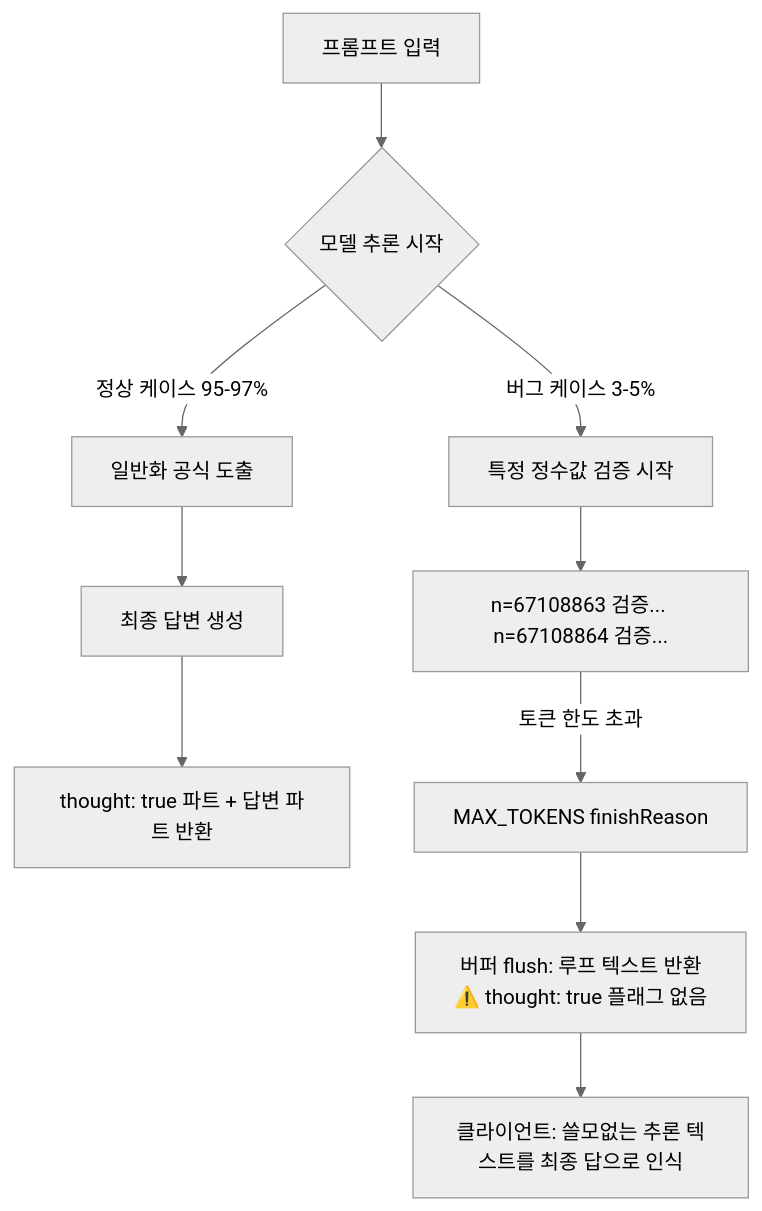
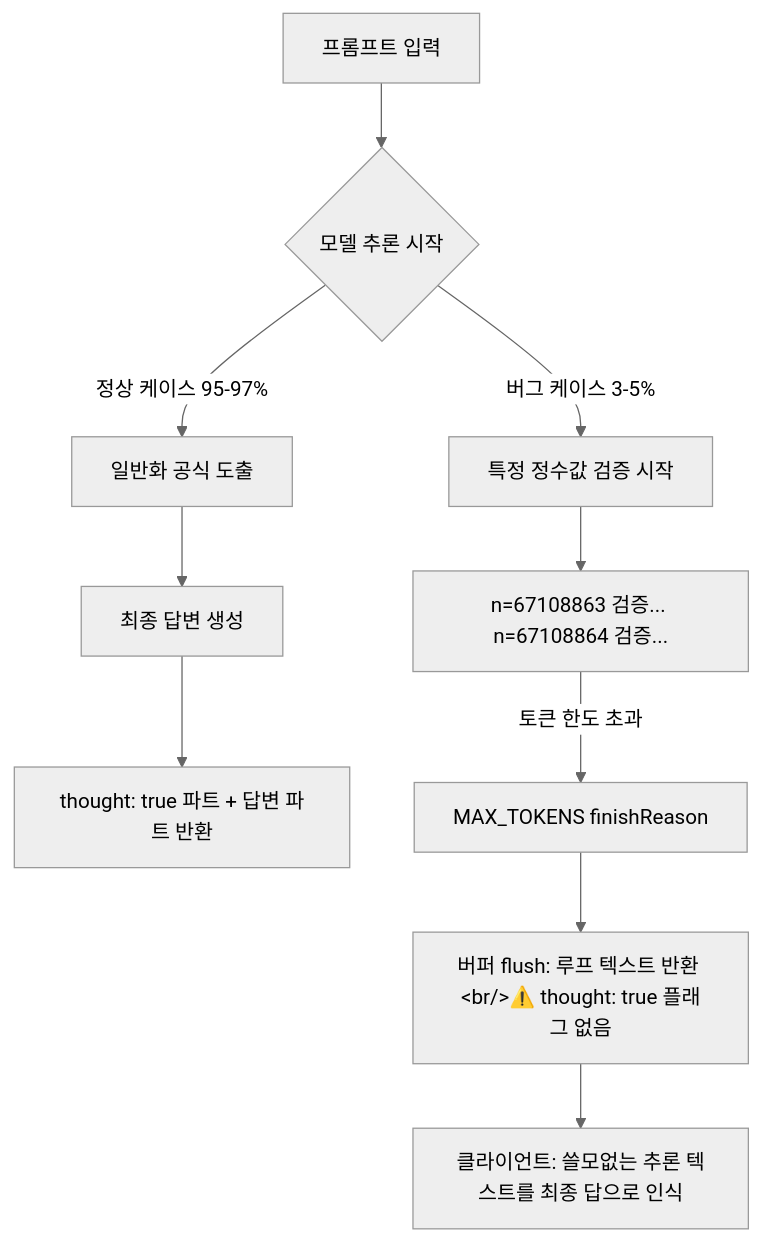
Before and after one commit to ice-ice-bear/ice-ice-bear.github.io: the diagram in content/posts/2026-02-25-gemini-3-flash-infinite-loop-bug.md, drawn with Mermaid (neutral theme). The commit also changed 5 other files, not shown here.

First line of the commit message:
fix: use HTML entities for <br/> in mermaid labels to prevent Hugo safeHTML rendering

````diff
--- a/content/posts/2026-02-25-gemini-3-flash-infinite-loop-bug.md
+++ b/content/posts/2026-02-25-gemini-3-flash-infinite-loop-bug.md
@@ -69,13 +69,13 @@
 ```mermaid
 flowchart TD
     A[프롬프트 입력] --> B{모델 추론 시작}
     B -->|정상 케이스 95-97%| C[일반화 공식 도출]
     C --> D[최종 답변 생성]
     D --> E[thought: true 파트 + 답변 파트 반환]
 
     B -->|버그 케이스 3-5%| F[특정 정수값 검증 시작]
     F --> G["n=67108863 검증... n=67108864 검증..."]
     G -->|토큰 한도 초과| H[MAX_TOKENS finishReason]
-    H --> I["버퍼 flush: 루프 텍스트 반환<br/>⚠️ thought: true 플래그 없음"]
+    H --> I["버퍼 flush: 루프 텍스트 반환 &lt;br/&gt;⚠️ thought: true 플래그 없음"]
     I --> J["클라이언트: 쓸모없는 추론 텍스트를 최종 답으로 인식"]
 ```
````
